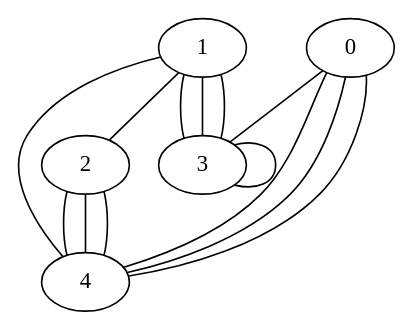
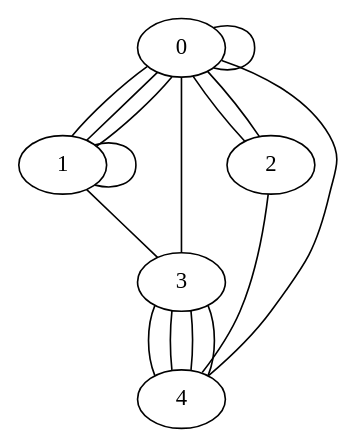
Before and after one commit to virtual1machine/flita-task2: the diagram in graph.dot, drawn with Graphviz. The commit also changed 8 other files, not shown here.

```diff
--- a/graph.dot
+++ b/graph.dot
@@ -1,17 +1,19 @@
 graph {
 
+0 -- 0
+0 -- 1
+0 -- 1
+0 -- 1
+0 -- 2
+0 -- 2
 0 -- 3
 0 -- 4
-0 -- 4
-0 -- 4
-1 -- 2
+1 -- 1
 1 -- 3
-1 -- 3
-1 -- 3
-1 -- 4
 2 -- 4
-2 -- 4
-2 -- 4
-3 -- 3
+3 -- 4
+3 -- 4
+3 -- 4
+3 -- 4
 
 }
```
